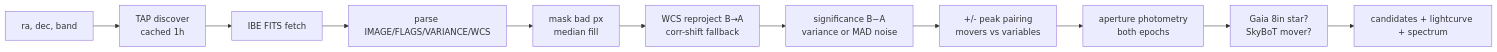
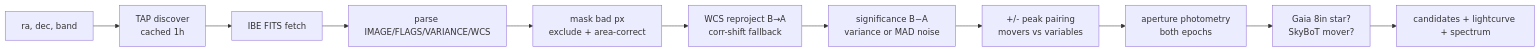
One commit to akashtori-13/drishti changed the fourth of 4 diagrams in SYSTEM_DESIGN.md. Above: the diagram before and after it, drawn with Mermaid. The commit also changed other lines of this file and 20 other files, not shown here.

````diff
--- a/SYSTEM_DESIGN.md
+++ b/SYSTEM_DESIGN.md
@@ -175,13 +175,13 @@
 ```mermaid
 flowchart LR
     POS[ra, dec, band] --> DISC[TAP discover<br/>cached 1h]
     DISC --> FETCH[IBE FITS fetch]
     FETCH --> PARSE[parse IMAGE/FLAGS/VARIANCE/WCS]
-    PARSE --> MASK[mask bad px<br/>median fill]
+    PARSE --> MASK[mask bad px<br/>exclude + area-correct]
     MASK --> ALIGN[WCS reproject B→A<br/>corr-shift fallback]
     ALIGN --> DIFF[significance B−A<br/>variance or MAD noise]
     DIFF --> DIPOLE[+/- peak pairing<br/>movers vs variables]
     DIPOLE --> PHOT[aperture photometry<br/>both epochs]
     PHOT --> LABEL[Gaia 8in star?<br/>SkyBoT mover?]
     LABEL --> OUT[candidates + lightcurve + spectrum]
 ```
````
